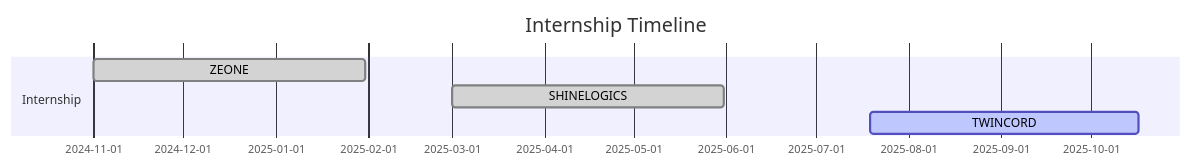
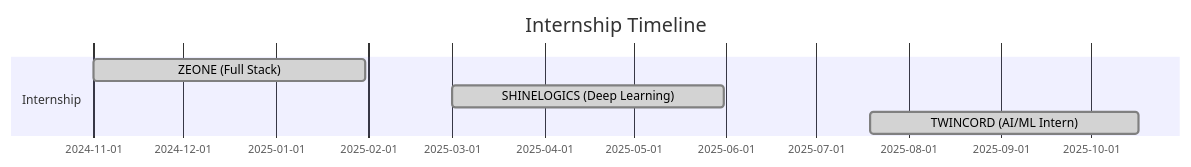
The diagram in README.md (vijayakanth06/vijayakanth06), drawn with Mermaid before and after one commit. The commit also changed other lines of this file, not shown here.

````diff
--- a/README.md
+++ b/README.md
@@ -86,10 +97,10 @@
 ```mermaid
 gantt
     dateFormat  YYYY-MM-DD
     title Internship Timeline
 
     section Internship
-    ZEONE            :done,  des1, 2024-11-01, 2025-01-31
-    SHINELOGICS      :done,  des2, 2025-03-01, 2025-05-31
-    TWINCORD         :active, des3, 2025-07-19, 2025-10-17
+    ZEONE (Full Stack)            :done,  des1, 2024-11-01, 2025-01-31
+    SHINELOGICS (Deep Learning)   :done,  des2, 2025-03-01, 2025-05-31
+    TWINCORD (AI/ML Intern)       :done,  des3, 2025-07-19, 2025-10-17
 ```
````
